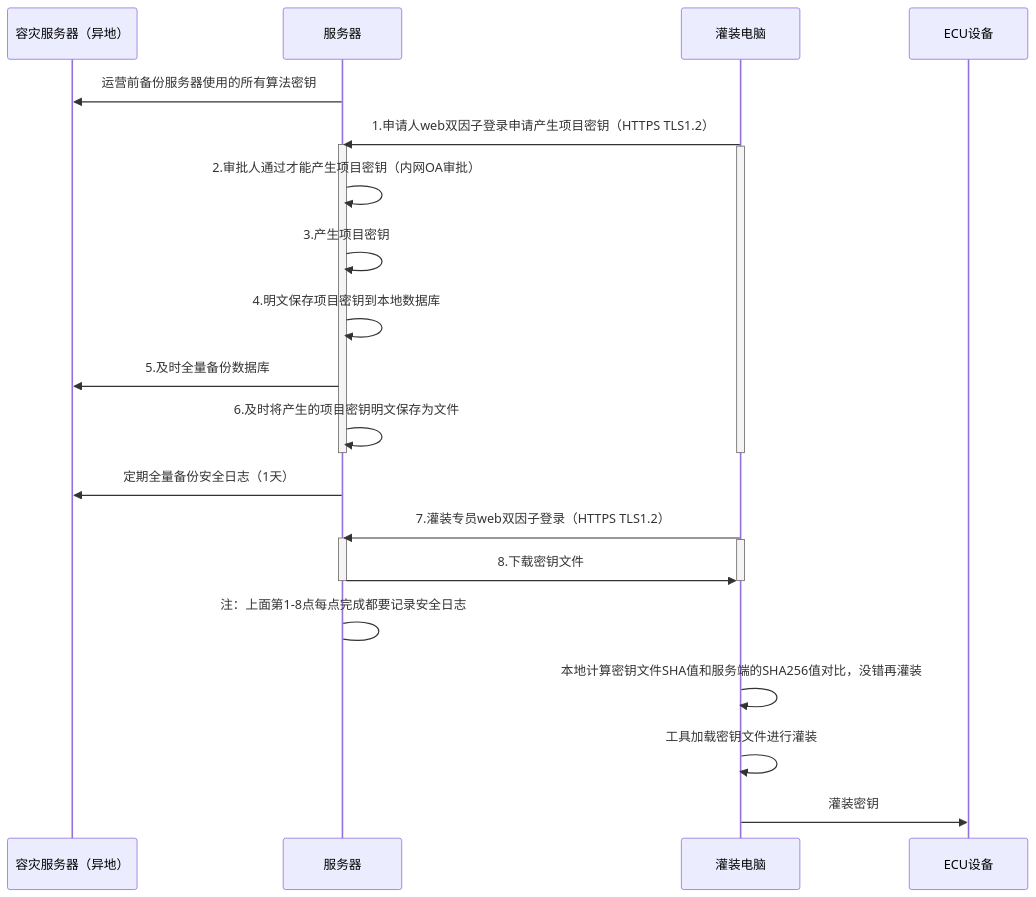
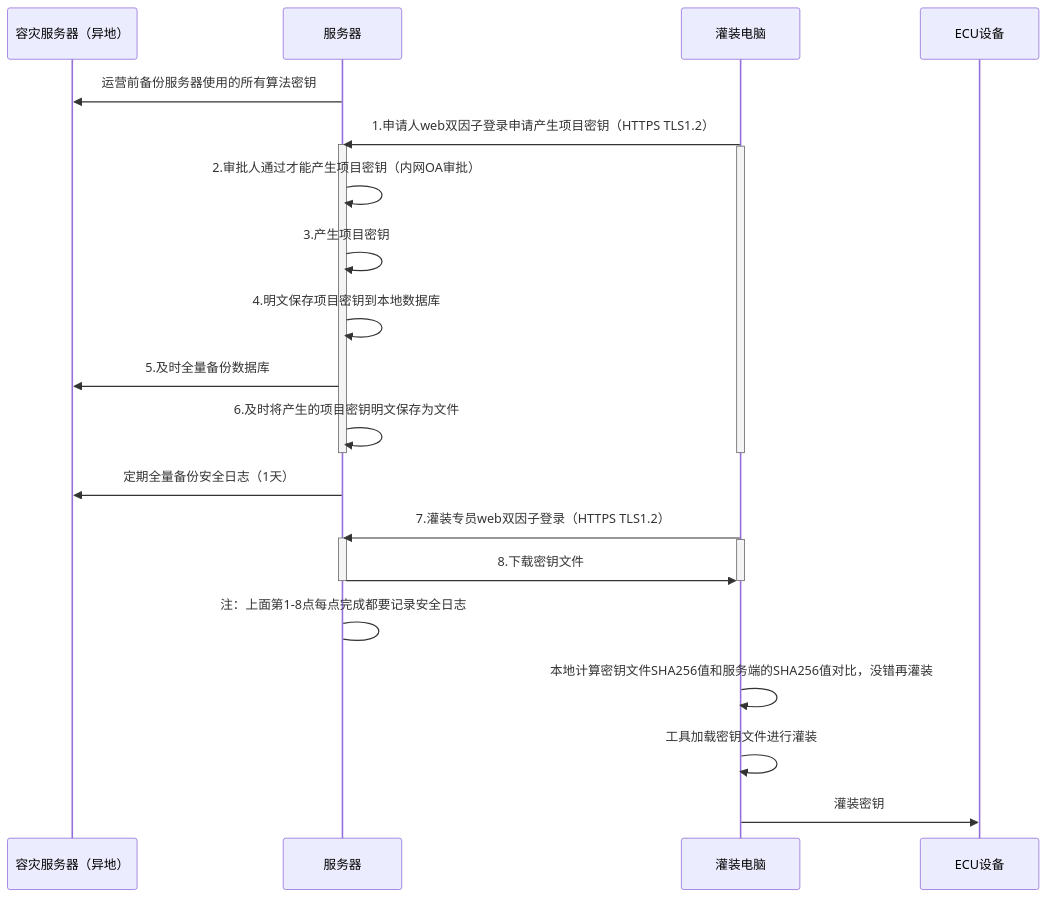
Before and after one commit to facebook-cloud/iodraw-files: the diagram in all/未命名-18.md, drawn with Mermaid.

Commit message:
2026-03-16 16:51:57 update

````diff
--- a/all/未命名-18.md
+++ b/all/未命名-18.md
@@ -1,34 +1,35 @@
 ```mermaid
 sequenceDiagram
     participant A as 容灾服务器（异地）
     participant B as 服务器
     participant D as 灌装电脑
     participant E as ECU设备
 
     B->>A: 运营前备份服务器使用的所有算法密钥
     D->>B: 1.申请人web双因子登录申请产生项目密钥（HTTPS TLS1.2）
     activate B
     activate D
     B->>B: 2.审批人通过才能产生项目密钥（内网OA审批）
     B->>B: 3.产生项目密钥
     B->>B: 4.明文保存项目密钥到本地数据库
     B->>A: 5.及时全量备份数据库
     B->>B: 6.及时将产生的项目密钥明文保存为文件
     deactivate B
     deactivate D
 
     B->>A: 定期全量备份安全日志（1天）
     
+    
     D->>B: 7.灌装专员web双因子登录（HTTPS TLS1.2）
     activate B
     activate D
     B->>D: 8.下载密钥文件
     deactivate B
     deactivate D
     B->B: 注：上面第1-8点每点完成都要记录安全日志
 
-    D->>D:本地计算密钥文件SHA值和服务端的SHA256值对比，没错再灌装
+    D->>D:本地计算密钥文件SHA256值和服务端的SHA256值对比，没错再灌装
     D->>D:工具加载密钥文件进行灌装
     
     D->>E: 灌装密钥
 ```
````
